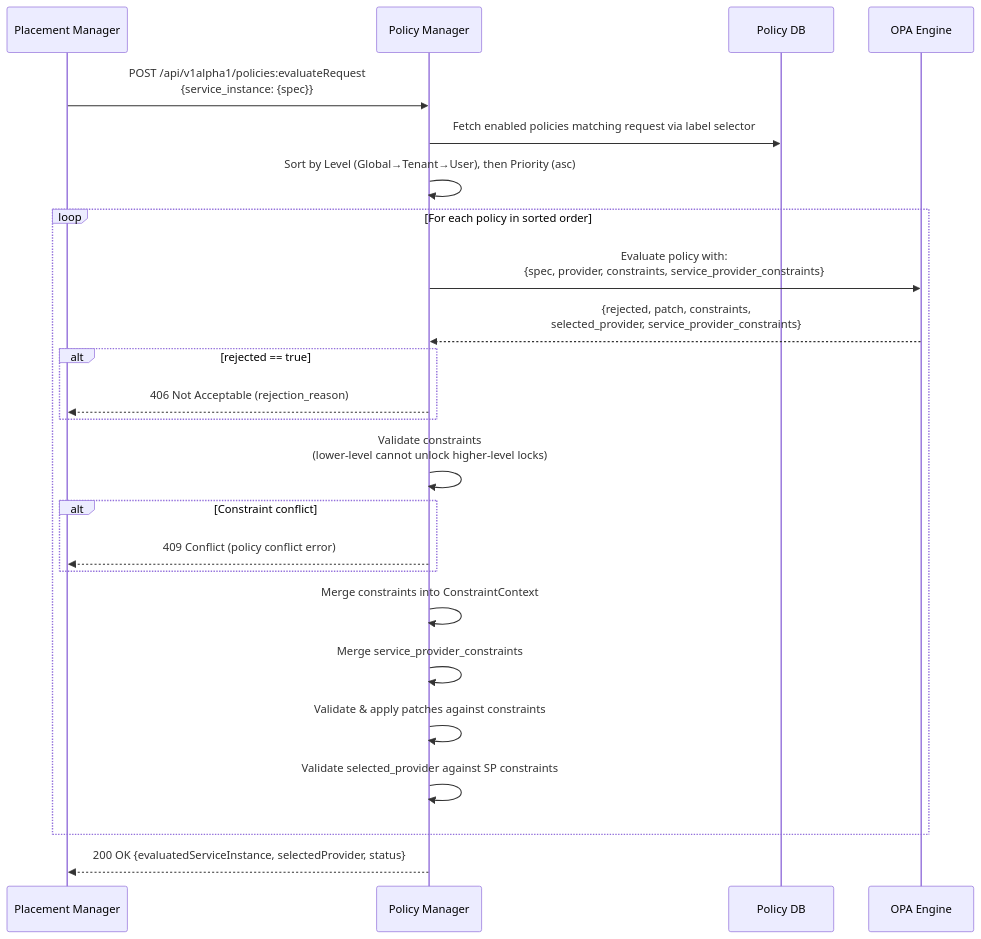
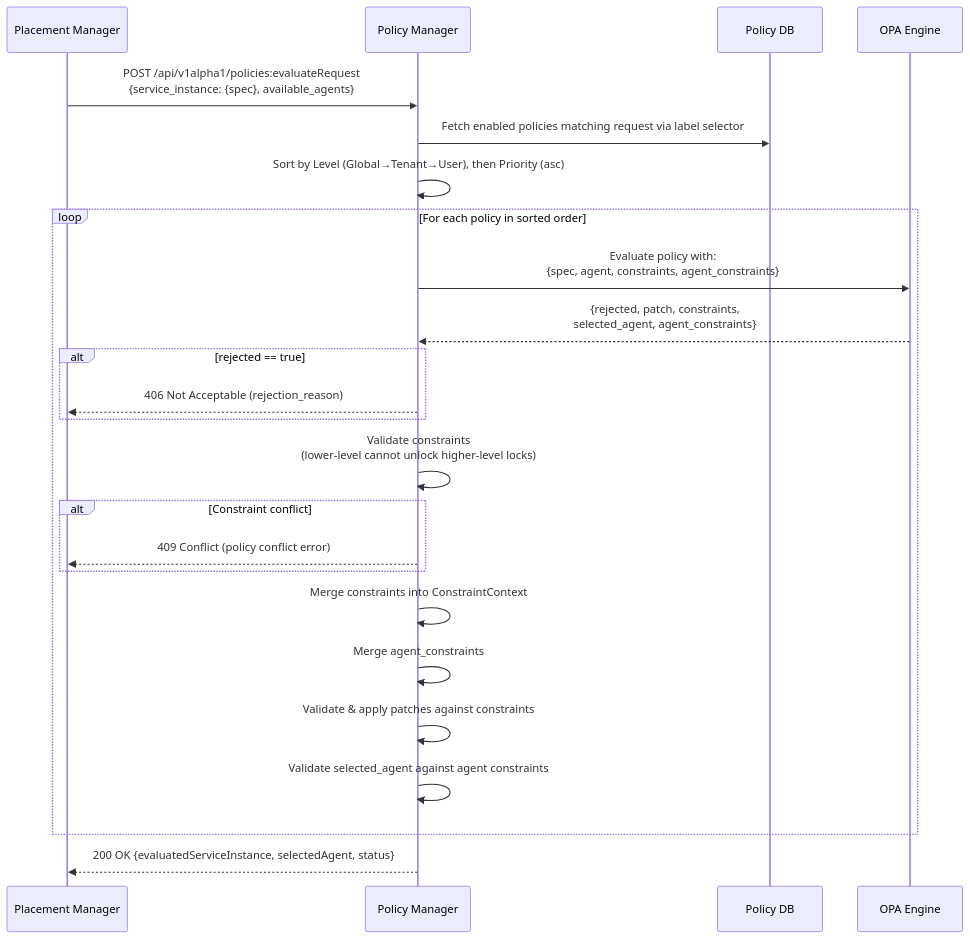
One commit to dcm-project/enhancements changed the third of 23 diagrams in enhancements/user-flows/user-flows.md. Above: the diagram before and after it, drawn with Mermaid. The commit also changed other lines of this file and 7 other files, not shown here.

````diff
--- a/enhancements/user-flows/user-flows.md
+++ b/enhancements/user-flows/user-flows.md
@@ -163,33 +180,33 @@
 ```mermaid
 sequenceDiagram
     participant PM as Placement Manager
     participant PE as Policy Manager
     participant DB as Policy DB
     participant OPA as OPA Engine
 
-    PM->>PE: POST /api/v1alpha1/policies:evaluateRequest<br/>{service_instance: {spec}}
+    PM->>PE: POST /api/v1alpha1/policies:evaluateRequest<br/>{service_instance: {spec}, available_agents}
 
     PE->>DB: Fetch enabled policies matching request via label selector
     PE->>PE: Sort by Level (Global→Tenant→User), then Priority (asc)
 
     loop For each policy in sorted order
-        PE->>OPA: Evaluate policy with:<br/>{spec, provider, constraints, service_provider_constraints}
-        OPA-->>PE: {rejected, patch, constraints,<br/>selected_provider, service_provider_constraints}
+        PE->>OPA: Evaluate policy with:<br/>{spec, agent, constraints, agent_constraints}
+        OPA-->>PE: {rejected, patch, constraints,<br/>selected_agent, agent_constraints}
 
         alt rejected == true
             PE-->>PM: 406 Not Acceptable (rejection_reason)
         end
 
         PE->>PE: Validate constraints<br/>(lower-level cannot unlock higher-level locks)
         alt Constraint conflict
             PE-->>PM: 409 Conflict (policy conflict error)
         end
 
         PE->>PE: Merge constraints into ConstraintContext
-        PE->>PE: Merge service_provider_constraints
+        PE->>PE: Merge agent_constraints
         PE->>PE: Validate & apply patches against constraints
-        PE->>PE: Validate selected_provider against SP constraints
+        PE->>PE: Validate selected_agent against agent constraints
     end
 
-    PE-->>PM: 200 OK {evaluatedServiceInstance, selectedProvider, status}
+    PE-->>PM: 200 OK {evaluatedServiceInstance, selectedAgent, status}
 ```
````
